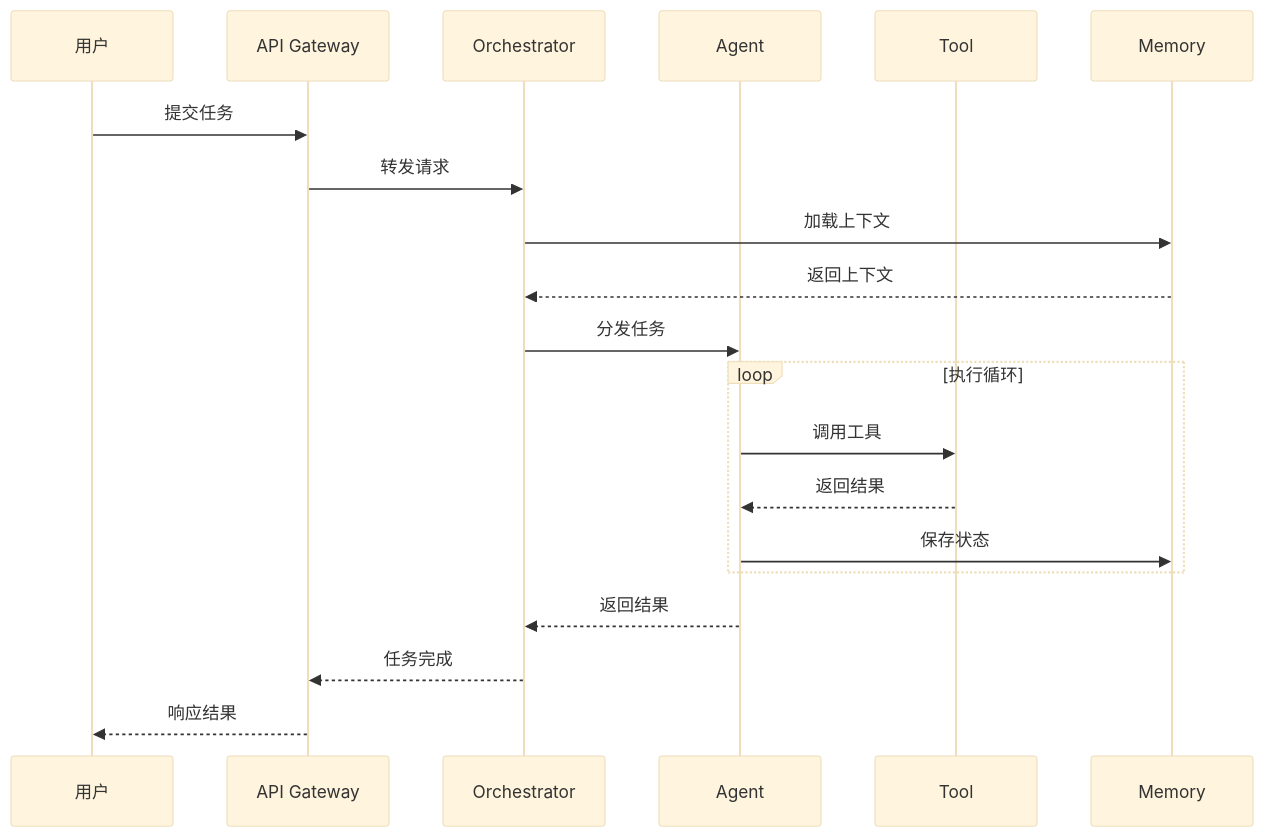
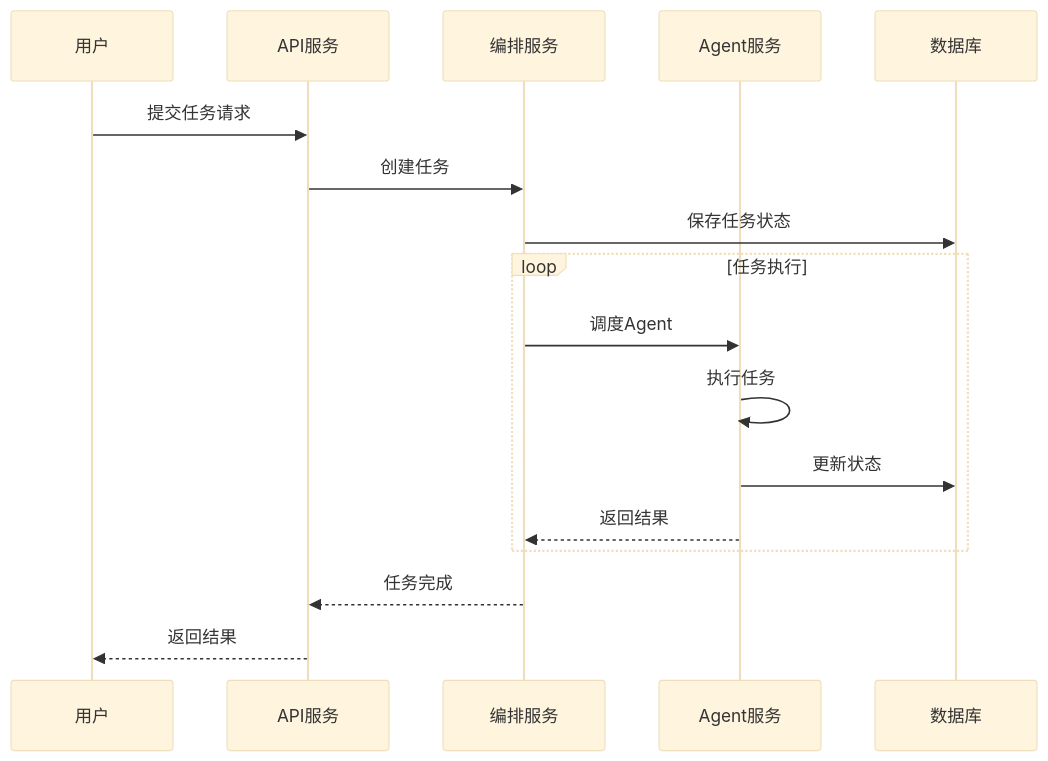
One commit to Aiting-for-you/OpsPilot changed the third of 3 diagrams in OpsPilot/docs/architecture/01_overall.md. Above: the diagram before and after it, drawn with Mermaid (base theme). The commit also changed other lines of this file and 6 other files, not shown here.

Commit message:
style: 重构架构图设计，采用C4模型原则

````diff
--- a/OpsPilot/docs/architecture/01_overall.md
+++ b/OpsPilot/docs/architecture/01_overall.md
@@ -60,26 +74,22 @@
 ```mermaid
 sequenceDiagram
     participant U as 用户
-    participant API as API Gateway
-    participant Orch as Orchestrator
-    participant Agent as Agent
-    participant Tool as Tool
-    participant Mem as Memory
+    participant API as API服务
+    participant ORCH as 编排服务
+    participant AGENT as Agent服务
+    participant DB as 数据库
 
-    U->>API: 提交任务
-    API->>Orch: 转发请求
-    Orch->>Mem: 加载上下文
-    Mem-->>Orch: 返回上下文
+    U->>API: 提交任务请求
+    API->>ORCH: 创建任务
+    ORCH->>DB: 保存任务状态
     
-    Orch->>Agent: 分发任务
-    
-    loop 执行循环
-        Agent->>Tool: 调用工具
-        Tool-->>Agent: 返回结果
-        Agent->>Mem: 保存状态
+    loop 任务执行
+        ORCH->>AGENT: 调度Agent
+        AGENT->>AGENT: 执行任务
+        AGENT->>DB: 更新状态
+        AGENT-->>ORCH: 返回结果
     end
     
-    Agent-->>Orch: 返回结果
-    Orch-->>API: 任务完成
-    API-->>U: 响应结果
+    ORCH-->>API: 任务完成
+    API-->>U: 返回结果
 ```
````
